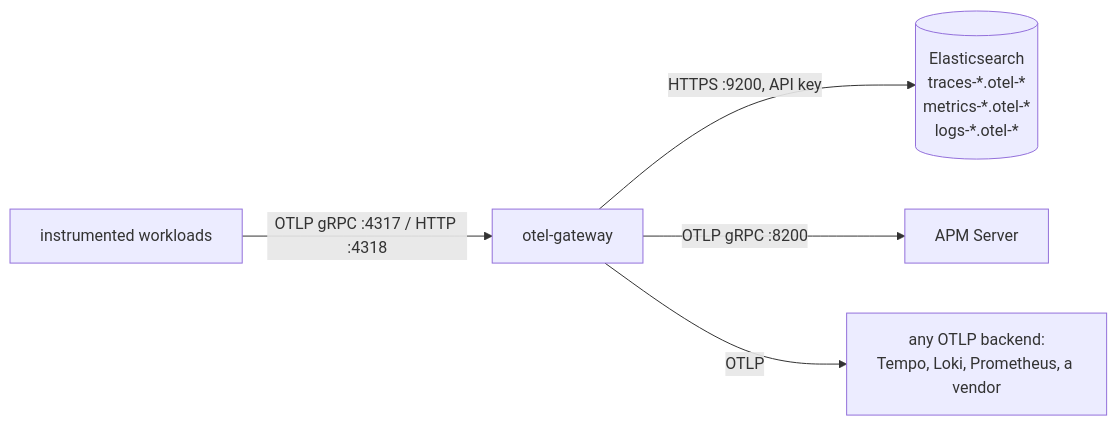
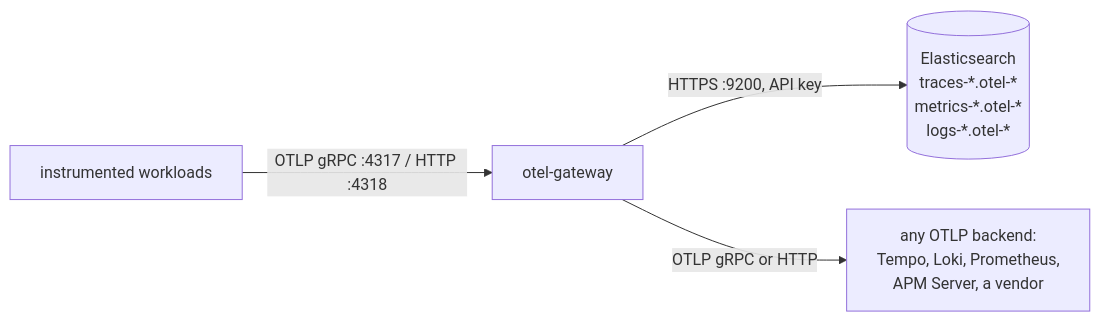
The first of 2 diagrams in README.md (opscontinuum/flux-base), drawn with Mermaid before and after one commit. The commit also changed other lines of this file, not shown here.

First line of the commit message:
docs: describe expiry, scope, extraEnvs and the APM Server route

````diff
--- a/README.md
+++ b/README.md
@@ -503,7 +503,6 @@
 ```mermaid
 flowchart LR
     APP[instrumented workloads] -->|OTLP gRPC :4317 / HTTP :4318| GW[otel-gateway]
     GW -->|HTTPS :9200, API key| ES[(Elasticsearch<br/>traces-*.otel-*<br/>metrics-*.otel-*<br/>logs-*.otel-*)]
-    GW -->|OTLP gRPC :8200| APM[APM Server]
-    GW -->|OTLP| OTHER[any OTLP backend:<br/>Tempo, Loki, Prometheus, a vendor]
+    GW -->|OTLP gRPC or HTTP| OTHER[any OTLP backend:<br/>Tempo, Loki, Prometheus,<br/>APM Server, a vendor]
 ```
````
